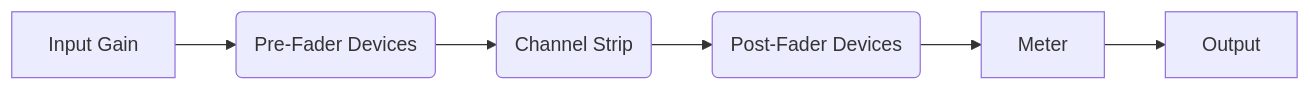
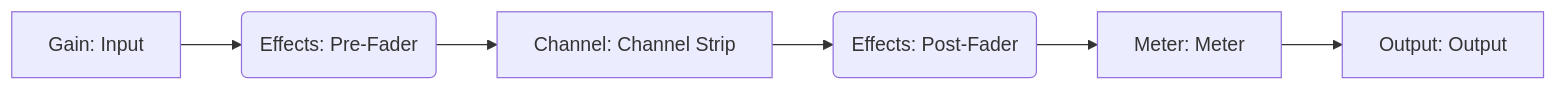
Before and after one commit to yannmazita/daw.ts: the sixth of 9 diagrams in README.md, drawn with Mermaid. The commit also changed other lines of this file, not shown here.

````diff
--- a/README.md
+++ b/README.md
@@ -183,8 +303,8 @@
 ```mermaid
 graph LR
-    A[Input Gain] --> B(Pre-Fader Devices);
-    B --> C(Channel Strip);
-    C --> D(Post-Fader Devices);
-    D --> E[Meter];
-    E --> F[Output];
+    A[Gain: Input] --> B(Effects: Pre-Fader);
+    B --> C[Channel: Channel Strip];
+    C --> D(Effects: Post-Fader);
+    D --> E[Meter: Meter];
+    E --> F[Output: Output];
 ```
````
